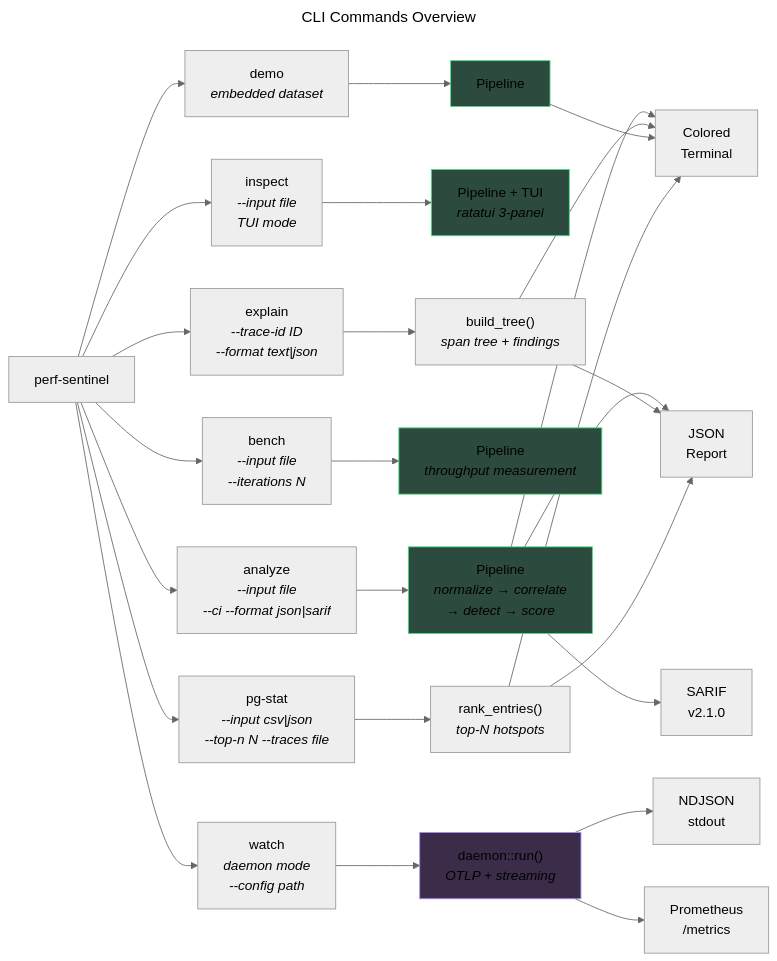
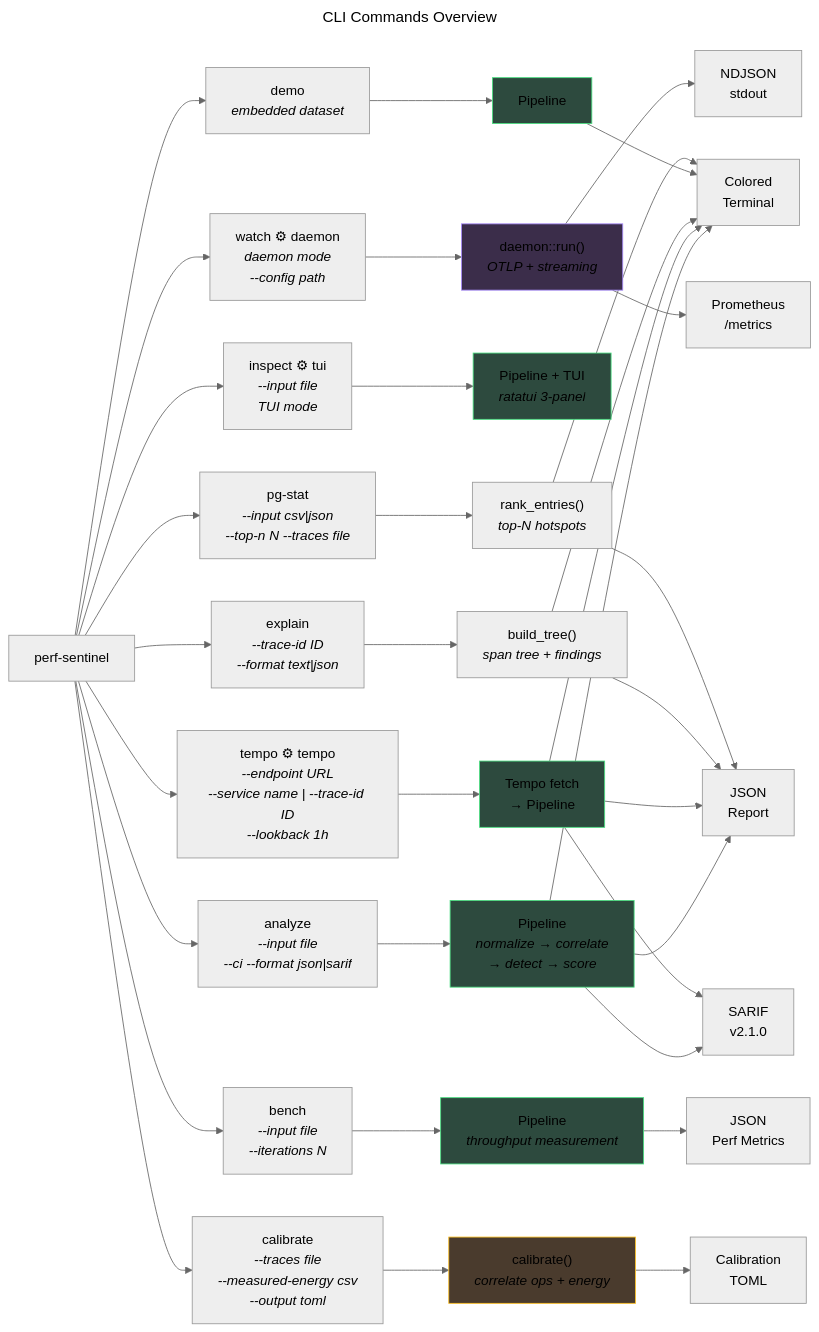
The diagram in docs/diagrams/mmd/cli-commands.mmd (robintra/perf-sentinel), drawn with Mermaid (neutral theme) before and after one commit. The commit also changed 71 other files, not shown here.

```diff
--- a/docs/diagrams/mmd/cli-commands.mmd
+++ b/docs/diagrams/mmd/cli-commands.mmd
@@ -1,58 +1,73 @@
 ---
 title: CLI Commands Overview
 ---
 flowchart LR
     cli["perf-sentinel"]
 
     analyze["analyze<br/><i>--input file<br/>--ci --format json|sarif</i>"]
     explain["explain<br/><i>--trace-id ID<br/>--format text|json</i>"]
-    inspect["inspect<br/><i>--input file<br/>TUI mode</i>"]
-    watch["watch<br/><i>daemon mode<br/>--config path</i>"]
+    inspect["inspect ⚙ tui<br/><i>--input file<br/>TUI mode</i>"]
+    watch["watch ⚙ daemon<br/><i>daemon mode<br/>--config path</i>"]
     demo["demo<br/><i>embedded dataset</i>"]
     bench["bench<br/><i>--input file<br/>--iterations N</i>"]
     pgstat["pg-stat<br/><i>--input csv|json<br/>--top-n N --traces file</i>"]
+    tempo["tempo ⚙ tempo<br/><i>--endpoint URL<br/>--service name | --trace-id ID<br/>--lookback 1h</i>"]
+    calibrate["calibrate<br/><i>--traces file<br/>--measured-energy csv<br/>--output toml</i>"]
 
     analyze_pipeline["Pipeline<br/><i>normalize &rarr; correlate<br/>&rarr; detect &rarr; score</i>"]
+    tempo_pipeline["Tempo fetch<br/>&rarr; Pipeline"]
     inspect_pipeline["Pipeline + TUI<br/><i>ratatui 3-panel</i>"]
     demo_pipeline["Pipeline"]
     bench_pipeline["Pipeline<br/><i>throughput measurement</i>"]
     tree["build_tree()<br/><i>span tree + findings</i>"]
     daemon["daemon::run()<br/><i>OTLP + streaming</i>"]
     ranking["rank_entries()<br/><i>top-N hotspots</i>"]
+    cal_engine["calibrate()<br/><i>correlate ops + energy</i>"]
 
     report_text["Colored<br/>Terminal"]
     report_json["JSON<br/>Report"]
     report_sarif["SARIF<br/>v2.1.0"]
     report_ndjson["NDJSON<br/>stdout"]
     report_metrics["Prometheus<br/>/metrics"]
+    report_toml["Calibration<br/>TOML"]
+    report_bench["JSON<br/>Perf Metrics"]
 
-    cli --> analyze & explain & inspect & watch & demo & bench & pgstat
+    cli --> analyze & explain & inspect & watch & demo & bench & pgstat & tempo & calibrate
 
     analyze --> analyze_pipeline
     analyze_pipeline --> report_text
     analyze_pipeline --> report_json
     analyze_pipeline --> report_sarif
+
+    tempo --> tempo_pipeline
+    tempo_pipeline --> report_text
+    tempo_pipeline --> report_json
+    tempo_pipeline --> report_sarif
 
     explain --> tree
     tree --> report_text
     tree --> report_json
 
     inspect --> inspect_pipeline
 
     watch --> daemon
     daemon --> report_ndjson
     daemon --> report_metrics
 
     demo --> demo_pipeline --> report_text
 
-    bench --> bench_pipeline
+    bench --> bench_pipeline --> report_bench
 
     pgstat --> ranking
     ranking --> report_text
     ranking --> report_json
 
+    calibrate --> cal_engine --> report_toml
+
     style analyze_pipeline fill:#2d4a3e,stroke:#4ade80
+    style tempo_pipeline fill:#2d4a3e,stroke:#4ade80
     style demo_pipeline fill:#2d4a3e,stroke:#4ade80
     style bench_pipeline fill:#2d4a3e,stroke:#4ade80
     style inspect_pipeline fill:#2d4a3e,stroke:#4ade80
+    style cal_engine fill:#4a3b2d,stroke:#fbbf24
     style daemon fill:#3b2d4a,stroke:#a78bfa
```
